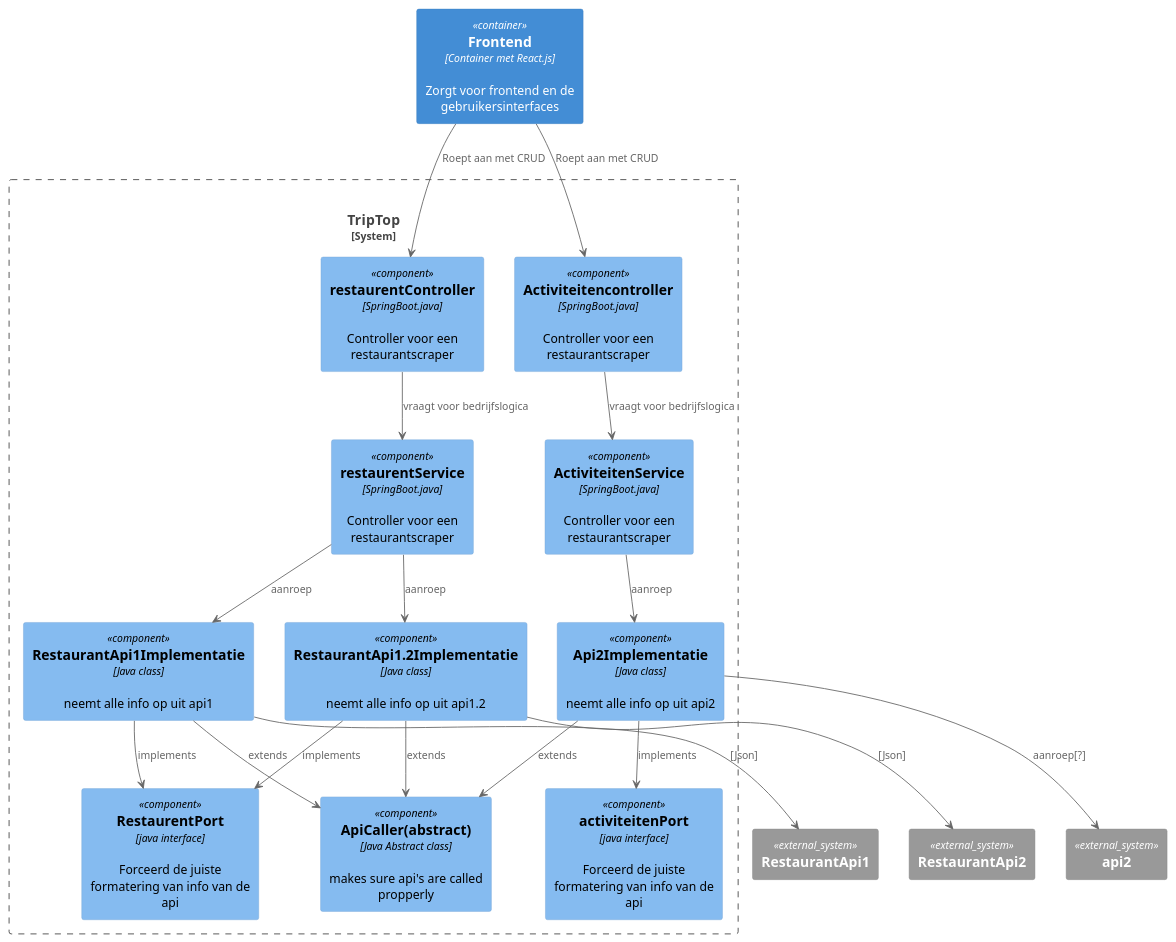
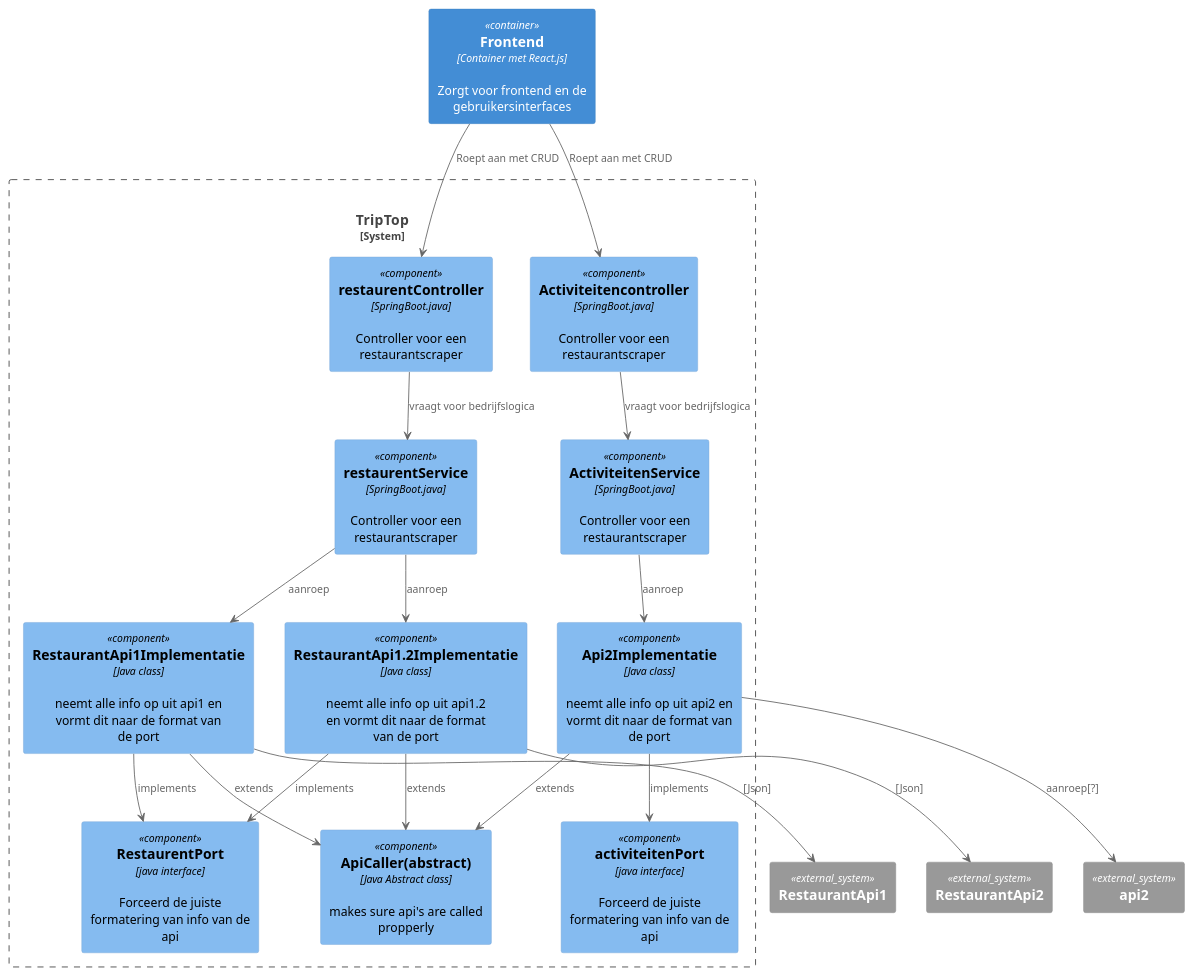
Before and after one commit to AIM-ENE-feb25/triptop-jrn: the diagram in HuiswerkRob/huiswerk2-3/ComponentDiagramExternalSystem.puml, drawn with PlantUML. The commit also changed 1 other file, not shown here.

```diff
--- a/HuiswerkRob/huiswerk2-3/ComponentDiagramExternalSystem.puml
+++ b/HuiswerkRob/huiswerk2-3/ComponentDiagramExternalSystem.puml
@@ -1,53 +1,53 @@
 @startuml
 !include <C4/C4_Container>
 !include <C4/C4_Component>
 !include https://raw.githubusercontent.com/plantuml-stdlib/C4-PlantUML/master/C4_Component.puml
 
 Container("frontend", "Frontend", "Container met React.js", "Zorgt voor frontend en de gebruikersinterfaces")
 
 System_Boundary(triptop_core, "TripTop") {
 Component("restaurentController", "restaurentController","SpringBoot.java","Controller voor een restaurantscraper")
 Component("Activiteitencontroller", "Activiteitencontroller","SpringBoot.java","Controller voor een restaurantscraper")
 Component("restaurentService", "restaurentService","SpringBoot.java","Controller voor een restaurantscraper")
 Component("ActiviteitenService", "ActiviteitenService","SpringBoot.java","Controller voor een restaurantscraper")
 Component("ApiCaller", "ApiCaller(abstract)","Java Abstract class", "makes sure api's are called propperly")
 Component("RestaurentPort","RestaurentPort", "java interface", "Forceerd de juiste formatering van info van de api")
 Component("activiteitenPort","activiteitenPort", "java interface", "Forceerd de juiste formatering van info van de api")
-Component("RestaurantApi1Implementatie", "RestaurantApi1Implementatie", "Java class", "neemt alle info op uit api1")
-Component("RestaurantApi1.2Implementatie", "RestaurantApi1.2Implementatie", "Java class", "neemt alle info op uit api1.2")
-Component("Api2Implementatie", "Api2Implementatie", "Java class", "neemt alle info op uit api2")
+Component("RestaurantApi1Implementatie", "RestaurantApi1Implementatie", "Java class", "neemt alle info op uit api1 en vormt dit naar de format van de port")
+Component("RestaurantApi1.2Implementatie", "RestaurantApi1.2Implementatie", "Java class", "neemt alle info op uit api1.2 en vormt dit naar de format van de port")
+Component("Api2Implementatie", "Api2Implementatie", "Java class", "neemt alle info op uit api2 en vormt dit naar de format van de port")
 }
 
 System_Ext("RestaurantApi1","RestaurantApi1")
 System_Ext("RestaurantApi2","RestaurantApi2")
 System_Ext("api2","api2")
 
 
 frontend --> restaurentController : "Roept aan met CRUD"
 frontend --> Activiteitencontroller : "Roept aan met CRUD"
 
 restaurentController --> restaurentService : "vraagt voor bedrijfslogica"
 Activiteitencontroller --> ActiviteitenService : "vraagt voor bedrijfslogica"
 
 restaurentService --> "RestaurantApi1Implementatie" : "aanroep"
 restaurentService --> "RestaurantApi1.2Implementatie" : "aanroep"
 
 ActiviteitenService --> "Api2Implementatie" : "aanroep"
 
 "RestaurantApi1Implementatie" --> "ApiCaller" : "extends"
 "RestaurantApi1.2Implementatie" --> "ApiCaller" : "extends"
 "Api2Implementatie" --> "ApiCaller" : "extends"
 
 "RestaurantApi1Implementatie" --> "RestaurentPort" : "implements"
 "RestaurantApi1.2Implementatie" --> "RestaurentPort" : "implements"
 "Api2Implementatie" --> "activiteitenPort" : "implements"
 
 "RestaurantApi1Implementatie" --> "RestaurantApi1" : "[Json]"
 "RestaurantApi1.2Implementatie" --> "RestaurantApi2" : "[Json]"
 
 "Api2Implementatie" --> "api2" : "aanroep[?]"
 
 
 
 
 @enduml
```
